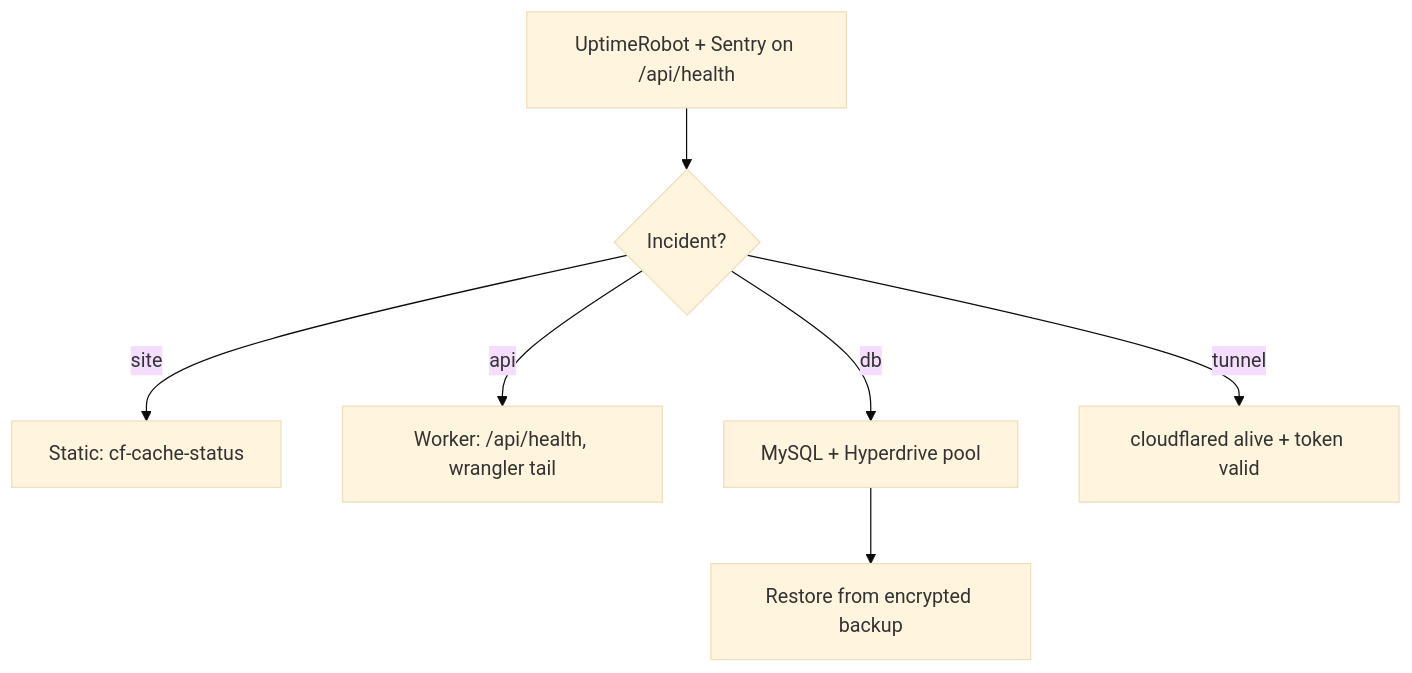
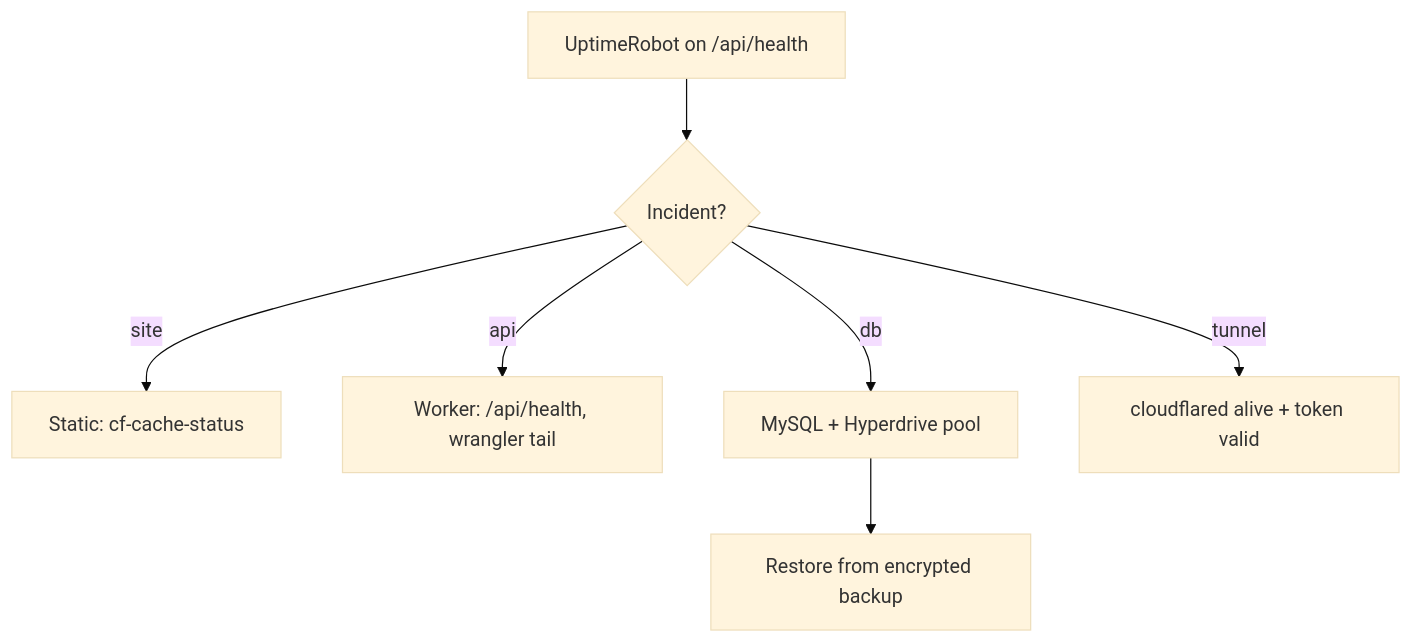
Diagram 26 of 30 in plan2shift/PLAN2SHIFT.md (Rhine-Solution/rhinesolution-website), drawn with Mermaid (base theme) before and after one commit. The commit also changed other lines of this file and 3 other files, not shown here.

````diff
--- a/plan2shift/PLAN2SHIFT.md
+++ b/plan2shift/PLAN2SHIFT.md
@@ -745,9 +745,9 @@
 ```mermaid
 flowchart TD
-    U["UptimeRobot + Sentry on /api/health"] --> A{Incident?}
+    U["UptimeRobot on /api/health"] --> A{Incident?}
     A -->|site| S[Static: cf-cache-status]
     A -->|api| W[Worker: /api/health, wrangler tail]
     A -->|db| D[MySQL + Hyperdrive pool]
     A -->|tunnel| T[cloudflared alive + token valid]
     D --> R[Restore from encrypted backup]
 ```
````
